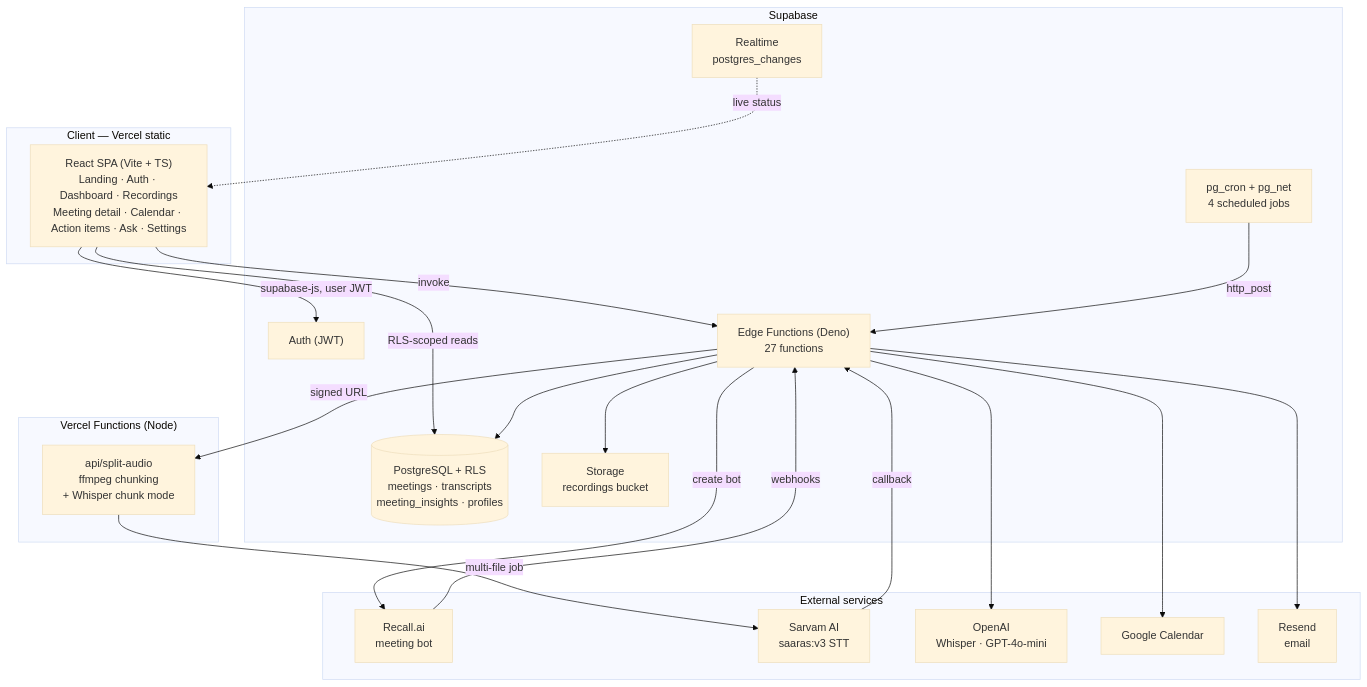
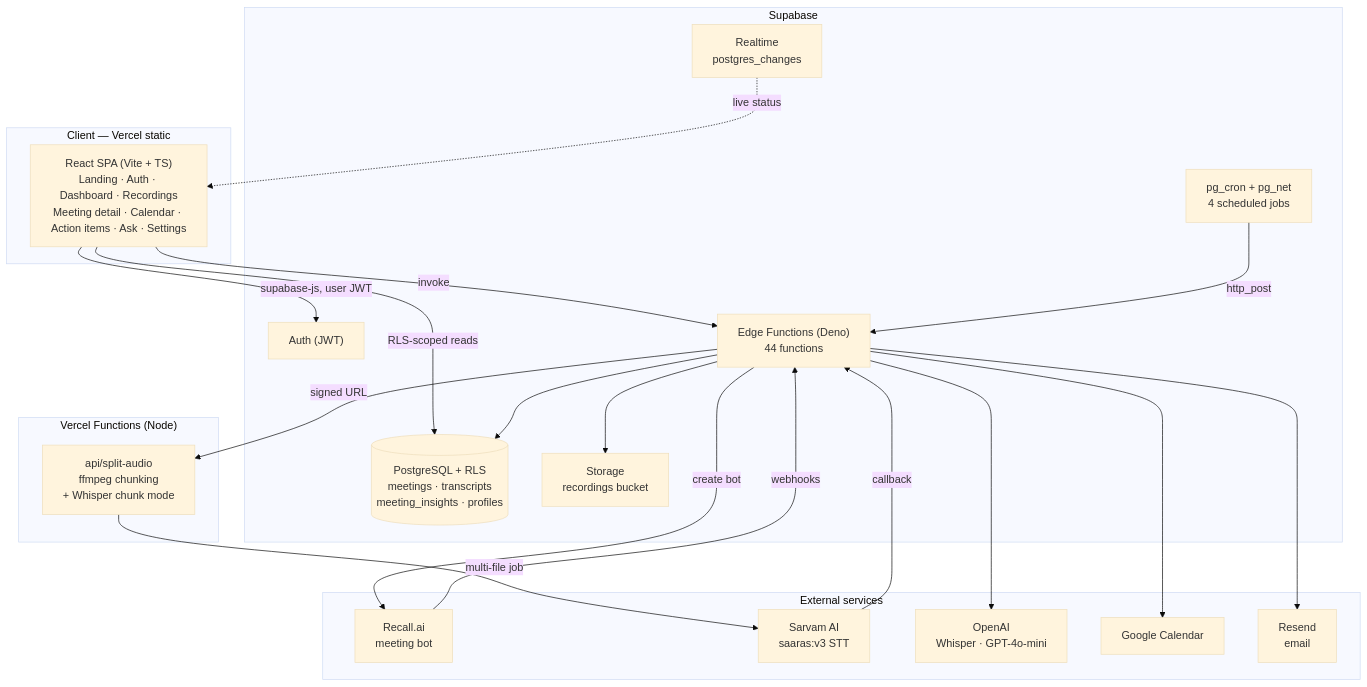
Before and after one commit to AmaanBarmare/echobrief: the first of 2 diagrams in docs/architecture.md, drawn with Mermaid (base theme). The commit also changed 9 other files, not shown here.

````diff
--- a/docs/architecture.md
+++ b/docs/architecture.md
@@ -18,45 +18,45 @@
 ```mermaid
 flowchart TB
     subgraph client["Client — Vercel static"]
         SPA["React SPA (Vite + TS)<br/>Landing · Auth · Dashboard · Recordings<br/>Meeting detail · Calendar · Action items · Ask · Settings"]
     end
 
     subgraph supa["Supabase"]
         DB[("PostgreSQL + RLS<br/>meetings · transcripts<br/>meeting_insights · profiles")]
         AUTH["Auth (JWT)"]
         STOR["Storage<br/>recordings bucket"]
         RT["Realtime<br/>postgres_changes"]
-        EF["Edge Functions (Deno)<br/>27 functions"]
+        EF["Edge Functions (Deno)<br/>44 functions"]
         CRON["pg_cron + pg_net<br/>4 scheduled jobs"]
     end
 
     subgraph vercel["Vercel Functions (Node)"]
         SPLIT["api/split-audio<br/>ffmpeg chunking<br/>+ Whisper chunk mode"]
     end
 
     subgraph ext["External services"]
         RECALL["Recall.ai<br/>meeting bot"]
         SARVAM["Sarvam AI<br/>saaras:v3 STT"]
         OPENAI["OpenAI<br/>Whisper · GPT-4o-mini"]
         GCAL["Google Calendar"]
         RESEND["Resend<br/>email"]
     end
 
     SPA -->|"supabase-js, user JWT"| AUTH
     SPA -->|"RLS-scoped reads"| DB
     SPA -->|"invoke"| EF
     RT -.->|"live status"| SPA
 
     EF --> DB
     EF --> STOR
     CRON -->|"http_post"| EF
 
     EF -->|"create bot"| RECALL
     RECALL -->|"webhooks"| EF
     EF -->|"signed URL"| SPLIT
     SPLIT -->|"multi-file job"| SARVAM
     SARVAM -->|"callback"| EF
     EF --> OPENAI
     EF --> GCAL
     EF --> RESEND
 ```
````
